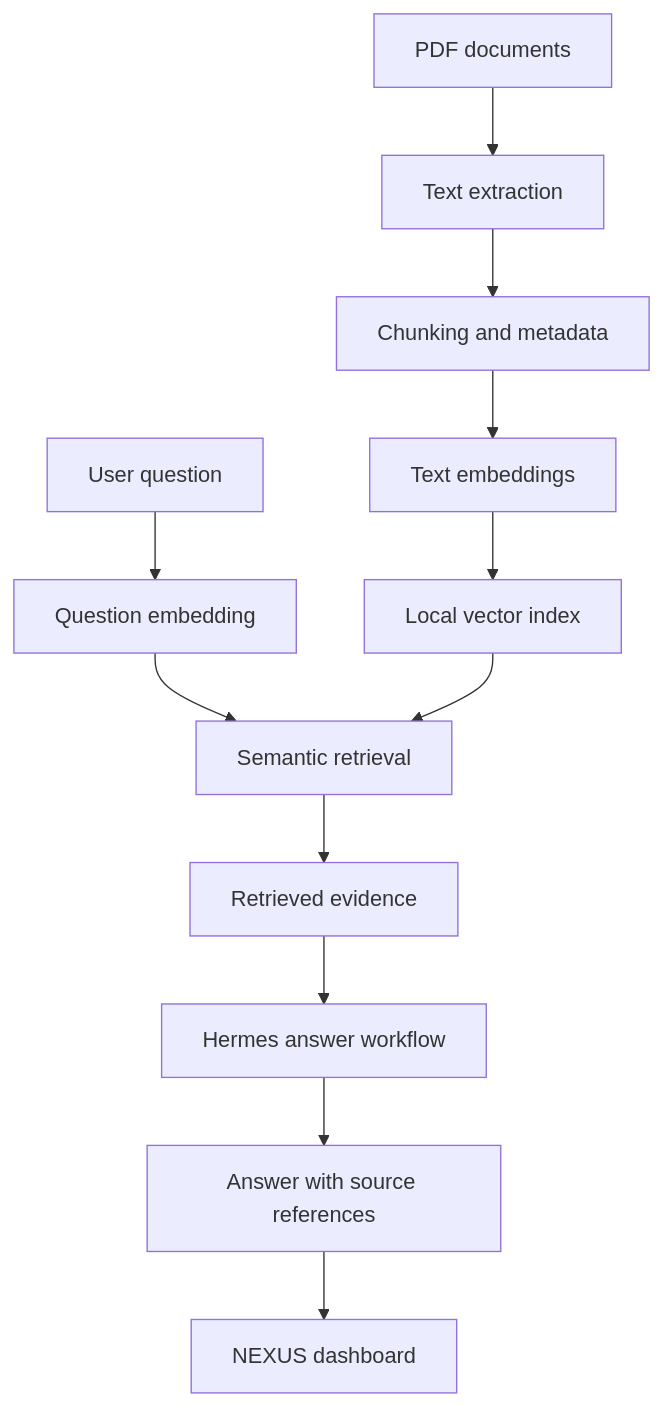
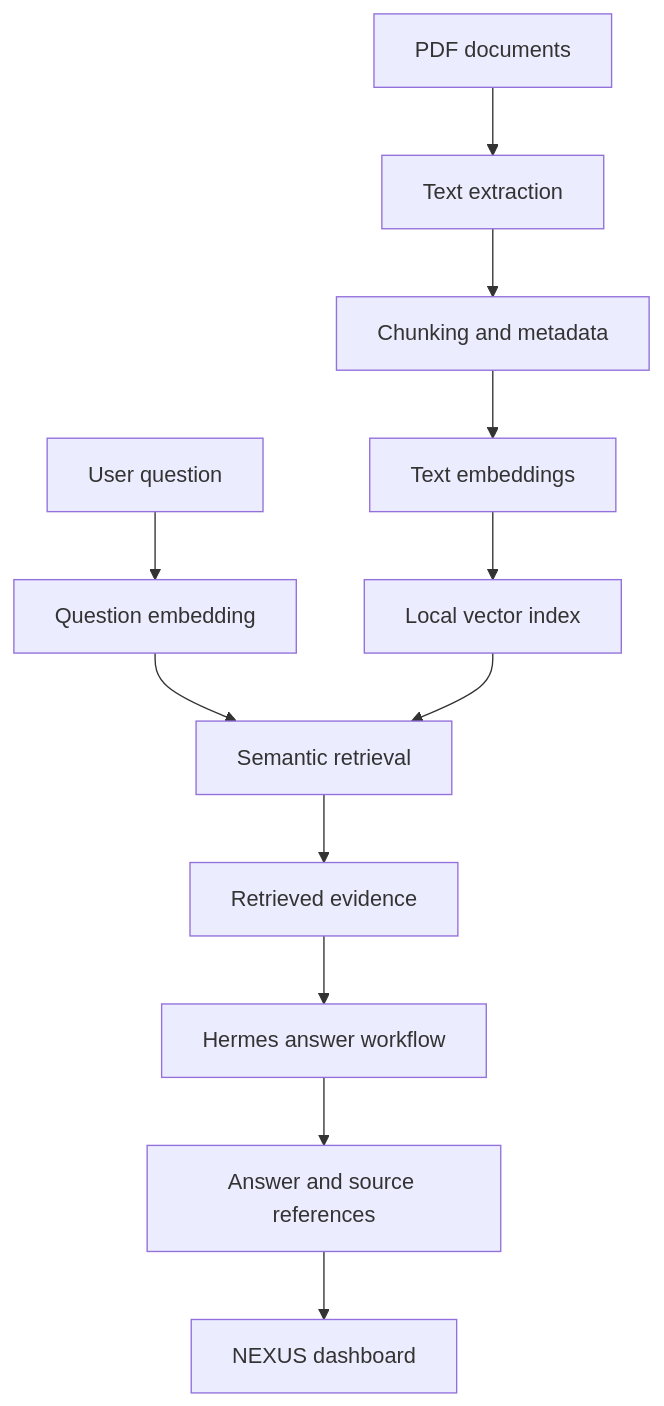
The diagram in README.md (ahsan-aflal-dev/nexus-research-intelligence), drawn with Mermaid before and after one commit. The commit also changed other lines of this file, not shown here.

````diff
--- a/README.md
+++ b/README.md
@@ -45,15 +59,15 @@
 ```mermaid
 flowchart TD
     A["PDF documents"] --> B["Text extraction"]
     B --> C["Chunking and metadata"]
     C --> D["Text embeddings"]
     D --> E["Local vector index"]
 
     Q["User question"] --> R["Question embedding"]
     R --> S["Semantic retrieval"]
     E --> S
     S --> T["Retrieved evidence"]
     T --> U["Hermes answer workflow"]
-    U --> V["Answer with source references"]
+    U --> V["Answer and source references"]
     V --> W["NEXUS dashboard"]
 ```
````
